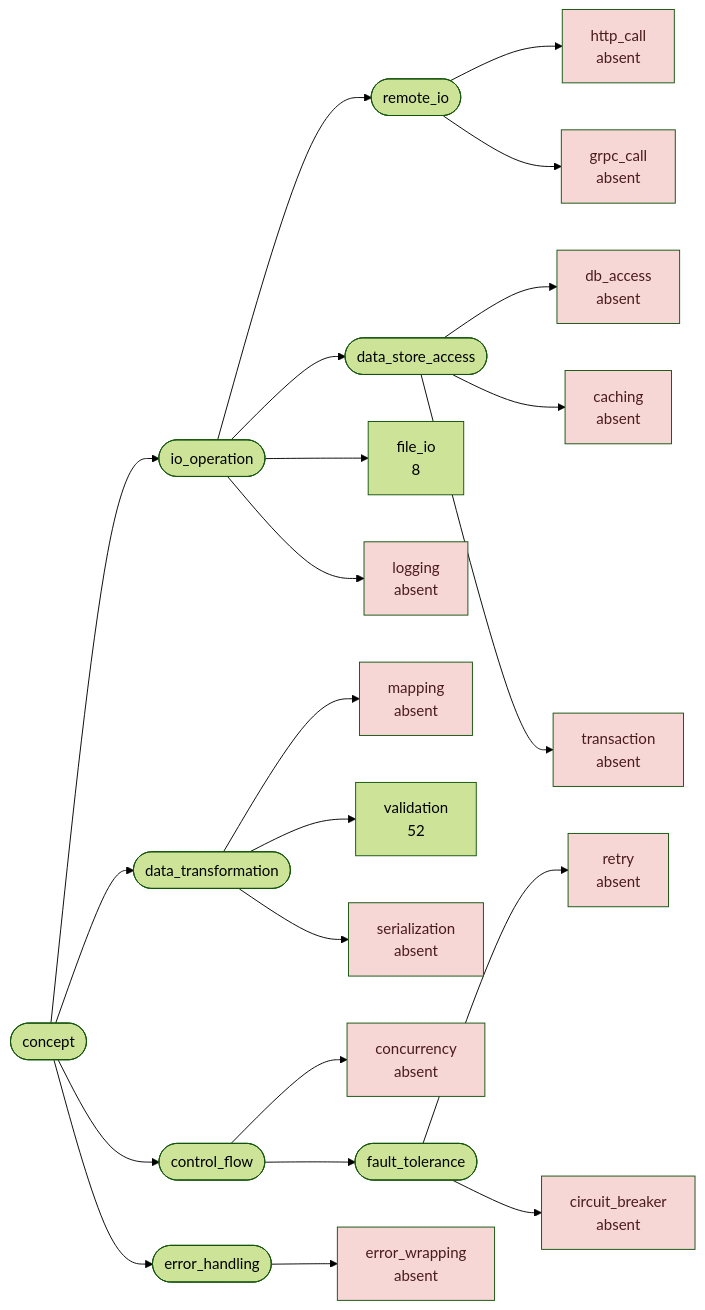
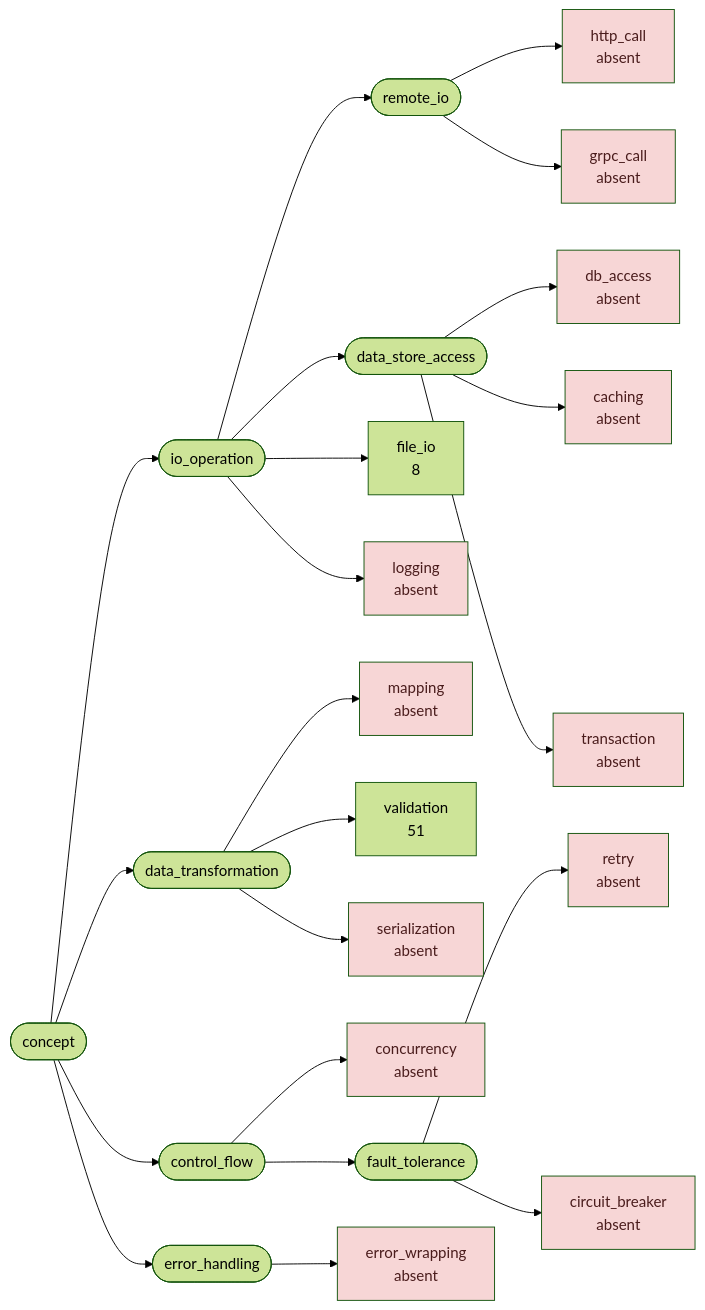
One commit to LukasSelin/doppel changed the first of 8 diagrams in examples/cobra.md. Above: the diagram before and after it, drawn with Mermaid (forest theme). The commit also changed other lines of this file and 7 other files, not shown here.

````diff
--- a/examples/cobra.md
+++ b/examples/cobra.md
@@ -57,50 +57,50 @@
 ```mermaid
 flowchart LR
     s0(["concept"])
     s1(["io_operation"])
     s2(["remote_io"])
     s3["http_call<br/>absent"]
     s4["grpc_call<br/>absent"]
     s5(["data_store_access"])
     s6["db_access<br/>absent"]
     s7["caching<br/>absent"]
     s8["transaction<br/>absent"]
     s9["file_io<br/>8"]
     s10["logging<br/>absent"]
     s11(["data_transformation"])
     s12["mapping<br/>absent"]
-    s13["validation<br/>52"]
+    s13["validation<br/>51"]
     s14["serialization<br/>absent"]
     s15(["control_flow"])
     s16["concurrency<br/>absent"]
     s17(["fault_tolerance"])
     s18["retry<br/>absent"]
     s19["circuit_breaker<br/>absent"]
     s20(["error_handling"])
     s21["error_wrapping<br/>absent"]
     s0 --> s1
     s1 --> s2
     s2 --> s3
     s2 --> s4
     s1 --> s5
     s5 --> s6
     s5 --> s7
     s5 --> s8
     s1 --> s9
     s1 --> s10
     s0 --> s11
     s11 --> s12
     s11 --> s13
     s11 --> s14
     s0 --> s15
     s15 --> s16
     s15 --> s17
     s17 --> s18
     s17 --> s19
     s0 --> s20
     s20 --> s21
     classDef good fill:#d7ecd9,color:#1b3d20
     classDef warn fill:#fbeecb,color:#4a3a12
     classDef hot fill:#f7d6d6,color:#4a1c1c
     class s3,s4,s6,s7,s8,s10,s12,s14,s16,s18,s19,s21 hot
 ```
````
